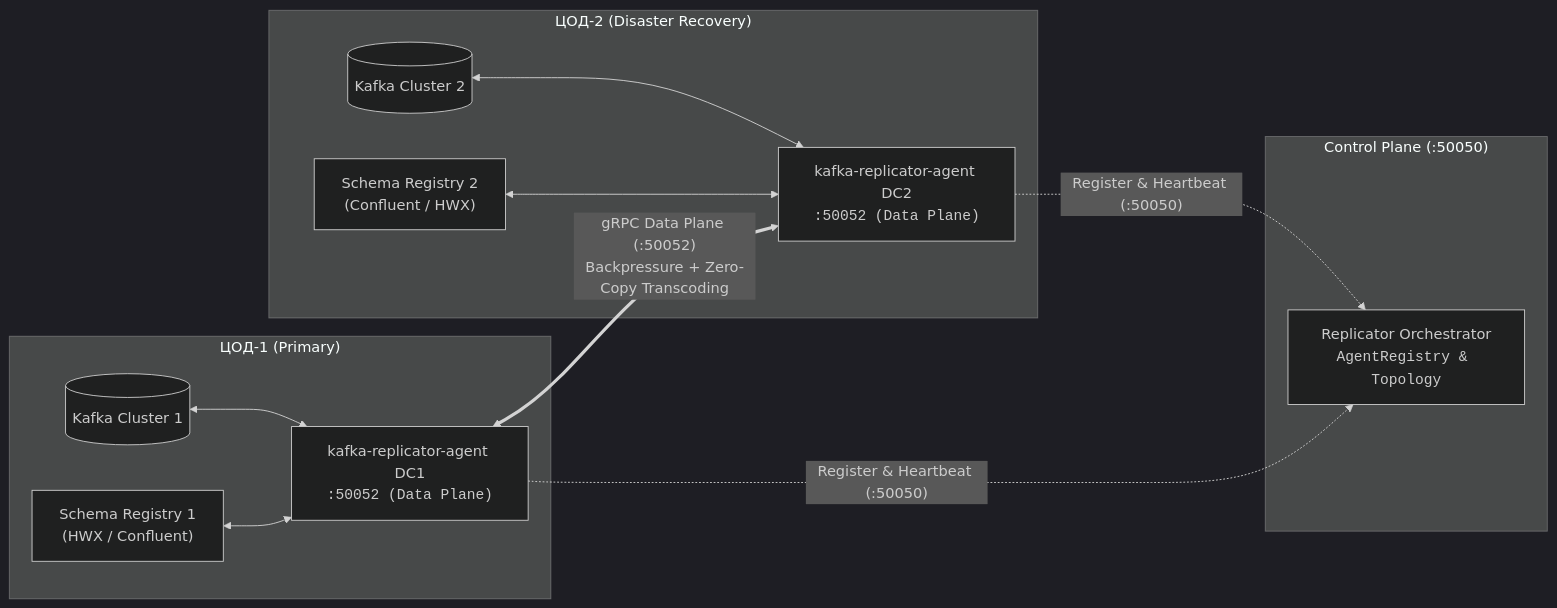
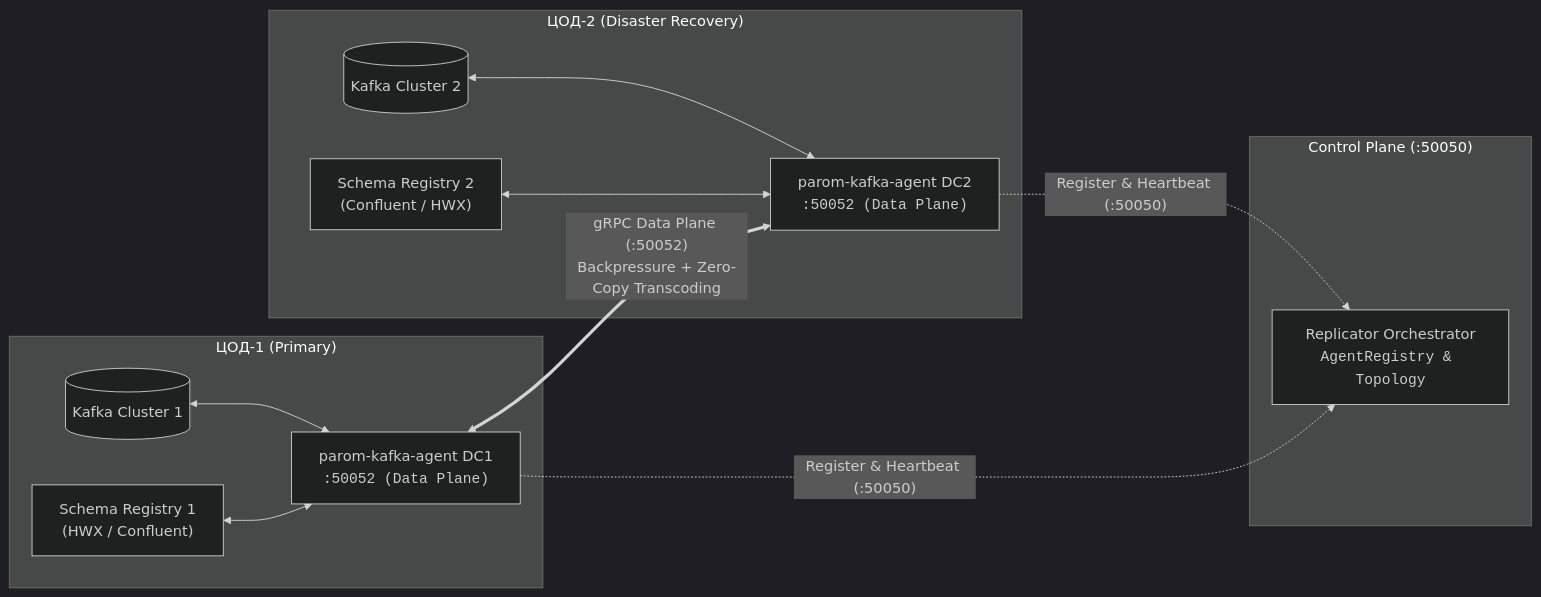
One commit to balookrd/hadoop-explorer changed the seventh of 7 diagrams in docs/replicator-admin-guide.md. Above: the diagram before and after it, drawn with Mermaid (dark theme). The commit also changed other lines of this file and 137 other files, not shown here.

Commit message:
refactor!: rename Replicator contracts, stands and metrics to Parom

````diff
--- a/docs/replicator-admin-guide.md
+++ b/docs/replicator-admin-guide.md
@@ -2396,26 +2396,26 @@
 ```mermaid
 flowchart LR
     subgraph CP["Control Plane (:50050)"]
         Orch["Replicator Orchestrator<br/><code>AgentRegistry & Topology</code>"]
     end
 
     subgraph DC1["ЦОД-1 (Primary)"]
         K1[("Kafka Cluster 1")]
         SR1["Schema Registry 1<br/>(HWX / Confluent)"]
-        A1["kafka-replicator-agent DC1<br/><code>:50052 (Data Plane)</code>"]
+        A1["parom-kafka-agent DC1<br/><code>:50052 (Data Plane)</code>"]
         K1 <--> A1
         SR1 <--> A1
     end
 
     subgraph DC2["ЦОД-2 (Disaster Recovery)"]
         K2[("Kafka Cluster 2")]
         SR2["Schema Registry 2<br/>(Confluent / HWX)"]
-        A2["kafka-replicator-agent DC2<br/><code>:50052 (Data Plane)</code>"]
+        A2["parom-kafka-agent DC2<br/><code>:50052 (Data Plane)</code>"]
         K2 <--> A2
         SR2 <--> A2
     end
 
     A1 <==>|"gRPC Data Plane (:50052)<br/>Backpressure + Zero-Copy Transcoding"| A2
     A1 -.->|"Register & Heartbeat (:50050)"| Orch
     A2 -.->|"Register & Heartbeat (:50050)"| Orch
 ```
````
